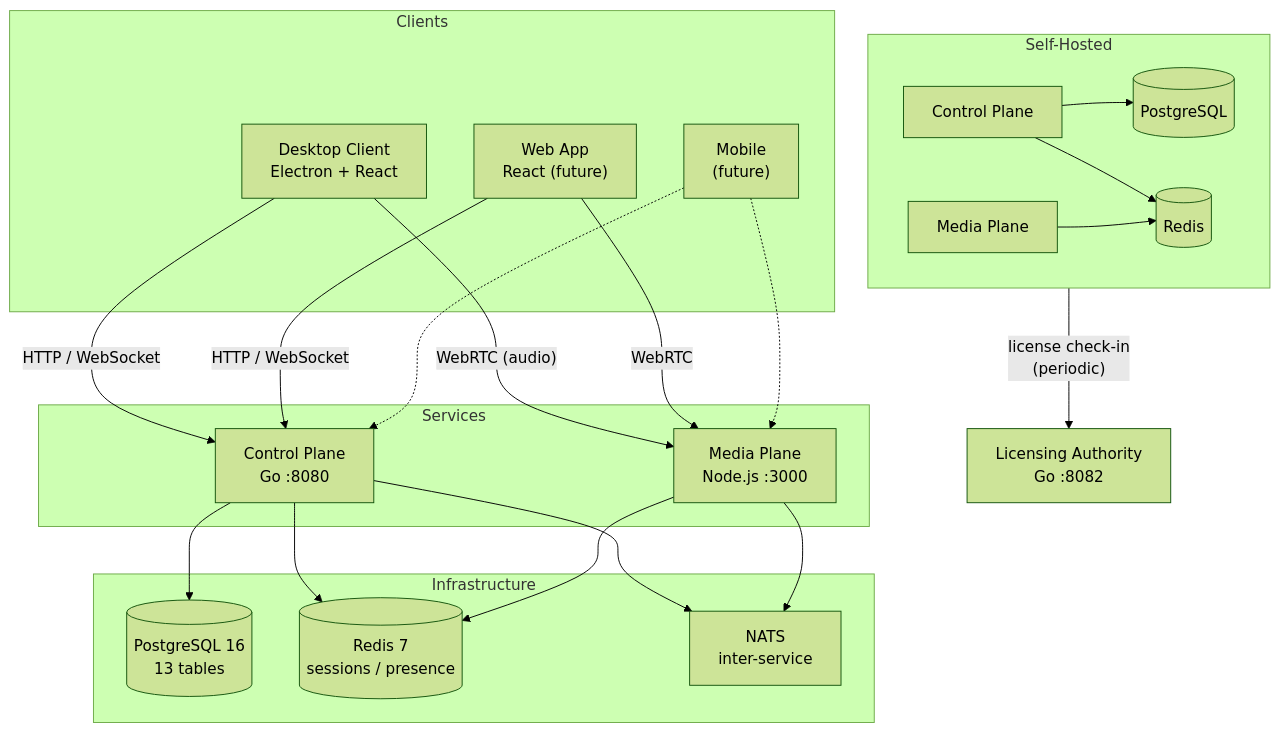
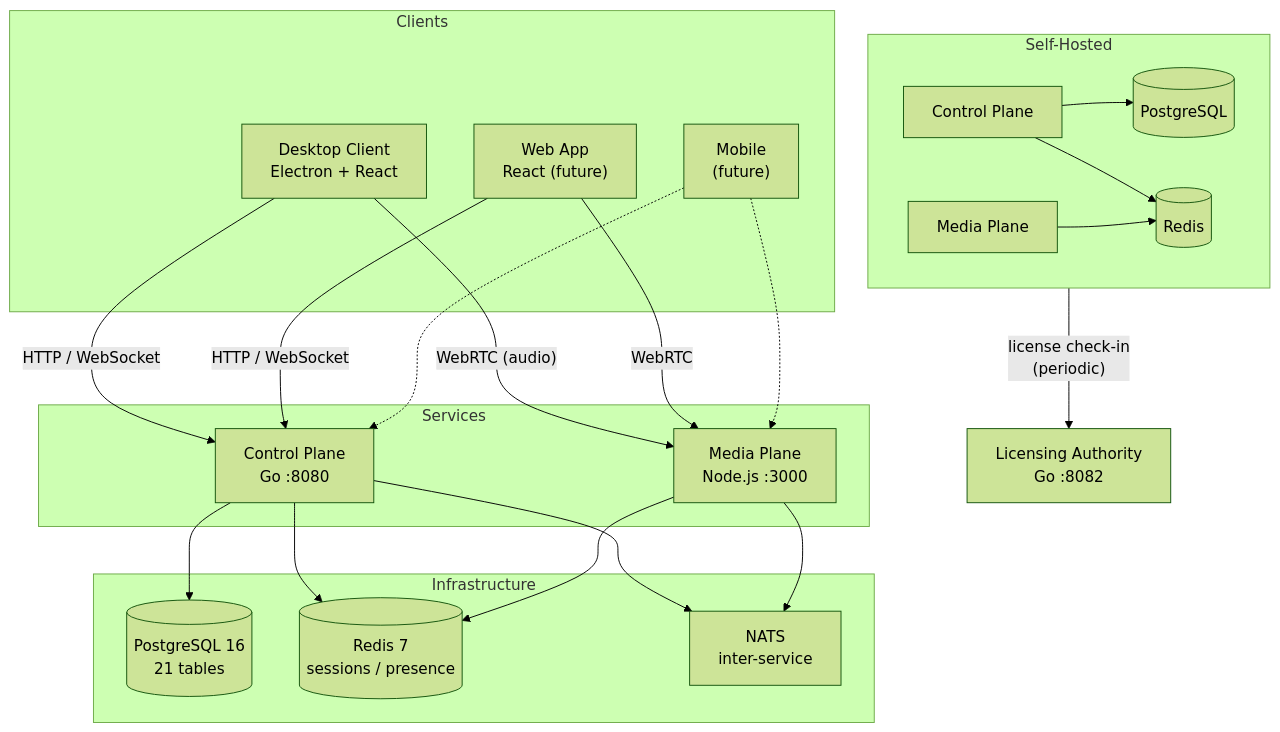
The first of 5 diagrams in docs/architecture.md (Concord-Voice/Self-Hosted), drawn with Mermaid (forest theme) before and after one commit. The commit also changed other lines of this file and 10 other files, not shown here.

````diff
--- a/docs/architecture.md
+++ b/docs/architecture.md
@@ -14,44 +14,44 @@
 ```mermaid
 flowchart TB
     subgraph Clients
         Desktop["Desktop Client<br/>Electron + React"]
         Web["Web App<br/>React (future)"]
         Mobile["Mobile<br/>(future)"]
     end
 
     subgraph Services
         CP["Control Plane<br/>Go :8080"]
         MP["Media Plane<br/>Node.js :3000"]
     end
 
     subgraph Infrastructure
-        PG[("PostgreSQL 16<br/>13 tables")]
+        PG[("PostgreSQL 16<br/>21 tables")]
         RD[("Redis 7<br/>sessions / presence")]
         NATS["NATS<br/>inter-service"]
     end
 
     Desktop -- "HTTP / WebSocket" --> CP
     Desktop -- "WebRTC (audio)" --> MP
     Web -- "HTTP / WebSocket" --> CP
     Web -- "WebRTC" --> MP
     Mobile -.-> CP
     Mobile -.-> MP
 
     CP --> PG
     CP --> RD
     CP --> NATS
     MP --> RD
     MP --> NATS
 
     subgraph Self-Hosted
         SH_CP["Control Plane"]
         SH_MP["Media Plane"]
         SH_PG[("PostgreSQL")]
         SH_RD[("Redis")]
         SH_CP --> SH_PG
         SH_CP --> SH_RD
         SH_MP --> SH_RD
     end
 
     Self-Hosted -- "license check-in<br/>(periodic)" --> LA["Licensing Authority<br/>Go :8082"]
 ```
````
